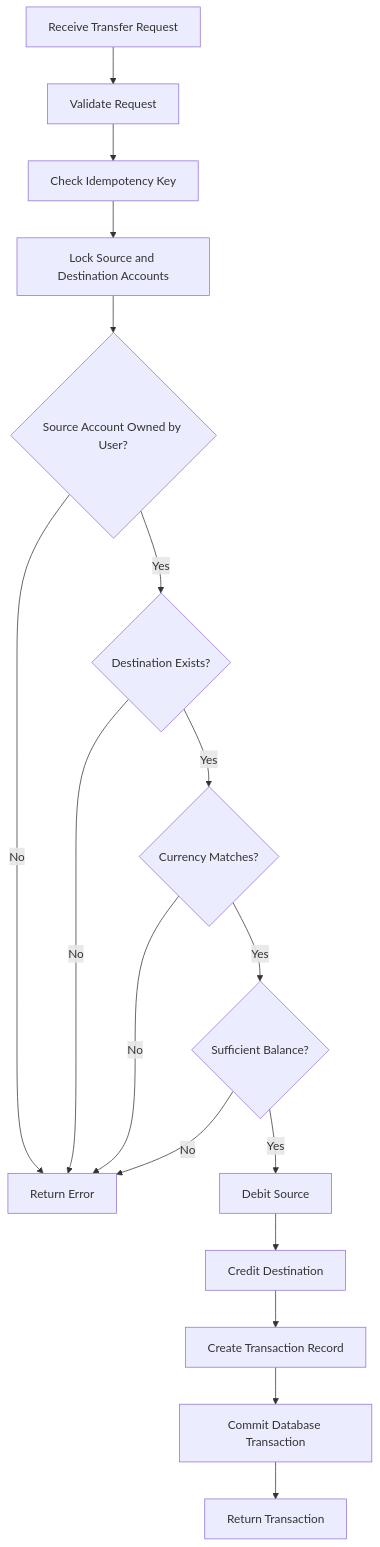
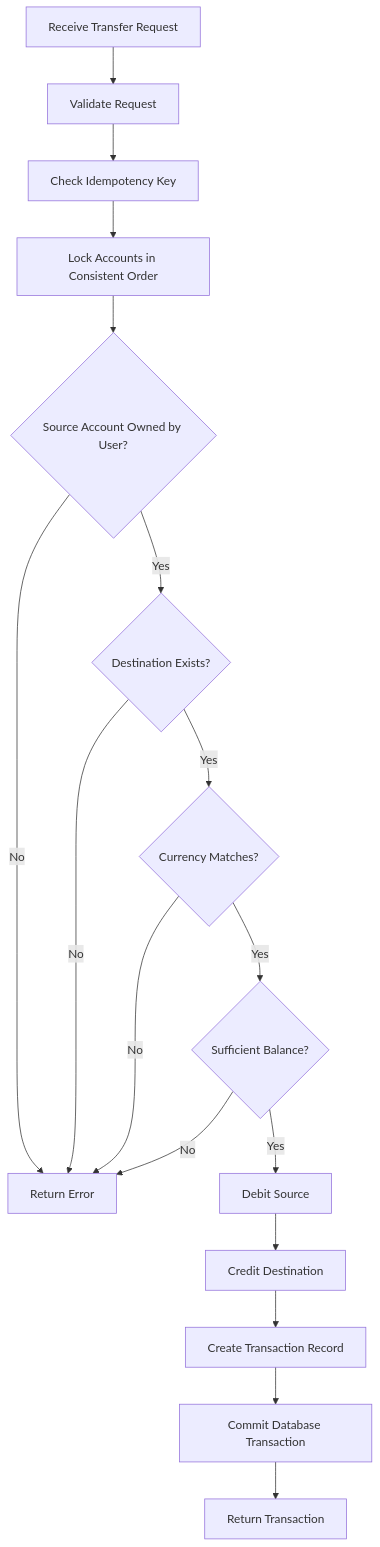
The third of 4 diagrams in docs/ARCHITECTURE.md (VishnuMavilla004/digital-banking-backend), drawn with Mermaid before and after one commit. The commit also changed other lines of this file and 7 other files, not shown here.

````diff
--- a/docs/ARCHITECTURE.md
+++ b/docs/ARCHITECTURE.md
@@ -84,19 +110,27 @@
 ```mermaid
 flowchart TD
-    A[Receive Transfer Request] --> B[Validate Request]
-    B --> C[Check Idempotency Key]
-    C --> D[Lock Source and Destination Accounts]
-    D --> E{Source Account Owned by User?}
-    E -->|No| F[Return Error]
-    E -->|Yes| G{Destination Exists?}
-    G -->|No| F
-    G -->|Yes| H{Currency Matches?}
-    H -->|No| F
-    H -->|Yes| I{Sufficient Balance?}
-    I -->|No| F
-    I -->|Yes| J[Debit Source]
-    J --> K[Credit Destination]
-    K --> L[Create Transaction Record]
-    L --> M[Commit Database Transaction]
-    M --> N[Return Transaction]
+    A[Receive Transfer Request]
+    B[Validate Request]
+    C[Check Idempotency Key]
+    D[Lock Accounts in Consistent Order]
+    E{Source Account Owned by User?}
+    F{Destination Exists?}
+    G{Currency Matches?}
+    H{Sufficient Balance?}
+    I[Debit Source]
+    J[Credit Destination]
+    K[Create Transaction Record]
+    L[Commit Database Transaction]
+    M[Return Transaction]
+    X[Return Error]
+
+    A --> B --> C --> D --> E
+    E -- No --> X
+    E -- Yes --> F
+    F -- No --> X
+    F -- Yes --> G
+    G -- No --> X
+    G -- Yes --> H
+    H -- No --> X
+    H -- Yes --> I --> J --> K --> L --> M
 ```
````
